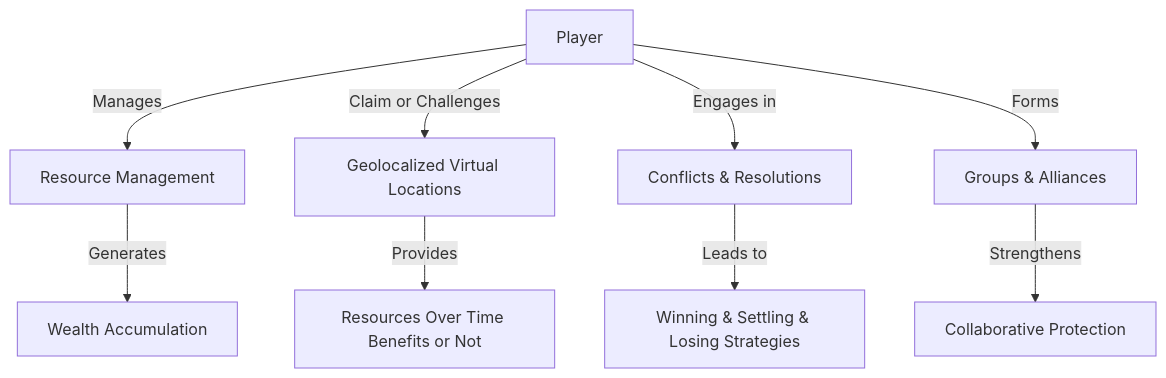
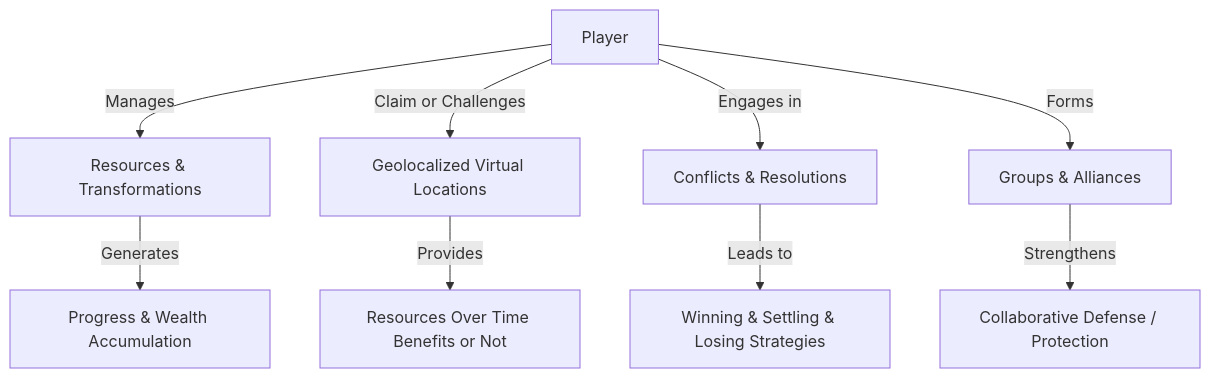
The second of 2 diagrams in README.md (cyberpunk042/wargames-framework), drawn with Mermaid before and after one commit.

````diff
--- a/README.md
+++ b/README.md
@@ -106,11 +106,11 @@
 ```mermaid
 graph TD;
-    Player[Player] -->|Manages| Resources[Resource Management]
+    Player[Player] -->|Manages| Resources[Resources & Transformations]
     Player -->|Claim or Challenges| Locations[Geolocalized Virtual Locations]
     Player -->|Engages in| Interactions[Conflicts & Resolutions]  
     Player -->|Forms| Alliances[Groups & Alliances]
-    Resources -->|Generates| Wealth[Wealth Accumulation]
+    Resources -->|Generates| Wealth[Progress & Wealth Accumulation]
     Locations -->|Provides| Advantages[Resources Over Time Benefits or Not]
     Interactions -->|Leads to| Outcomes[Winning & Settling & Losing Strategies]
-    Alliances -->|Strengthens| Defense[Collaborative Protection]
+    Alliances -->|Strengthens| Defense[Collaborative Defense / Protection]
 ```
````
